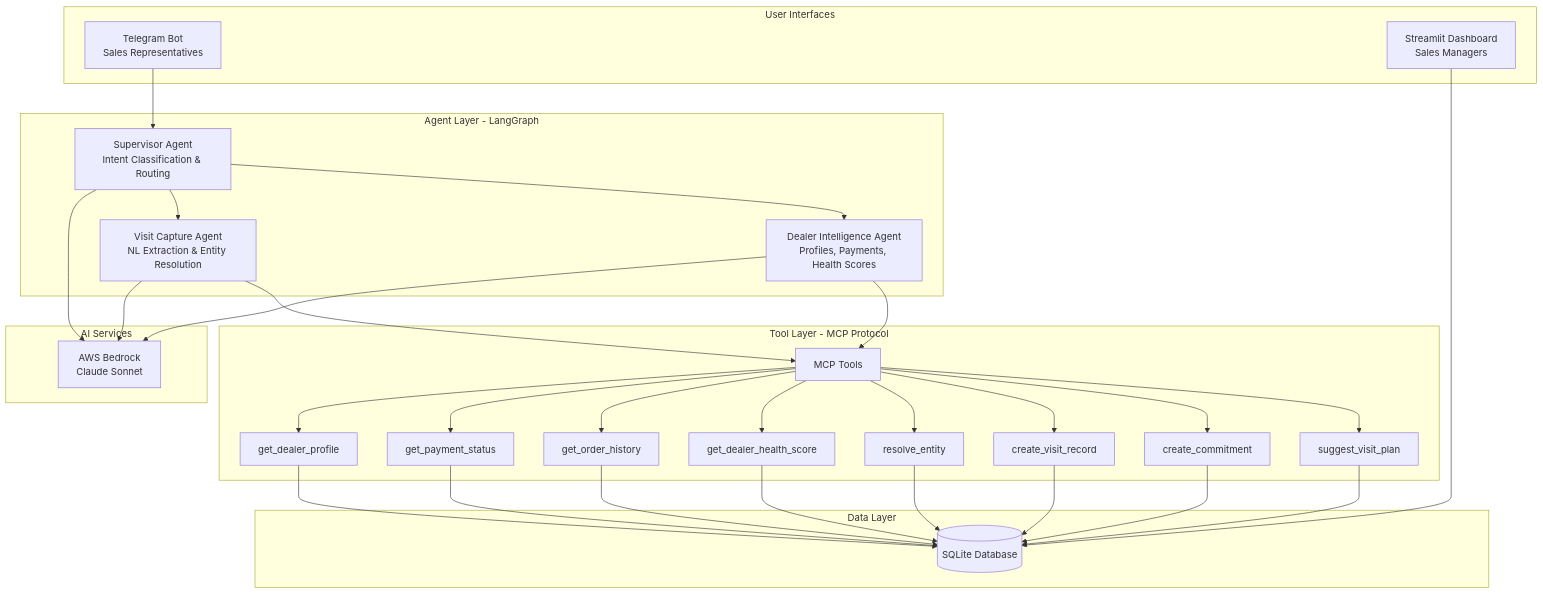
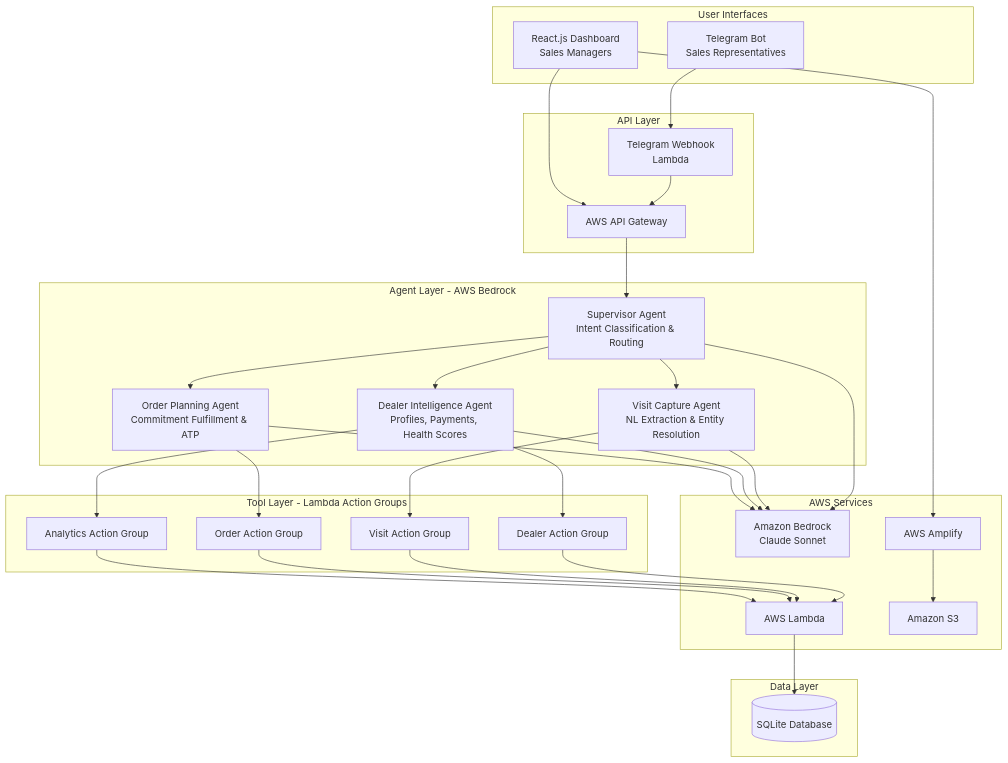
One commit to Ankan54/retail-scm-copilot changed the first of 3 diagrams in .kiro/specs/retail-supply-chain-copilot/design.md. Above: the diagram before and after it, drawn with Mermaid. The commit also changed other lines of this file and 36 other files, not shown here.

````diff
--- a/.kiro/specs/retail-supply-chain-copilot/design.md
+++ b/.kiro/specs/retail-supply-chain-copilot/design.md
@@ -15,64 +15,68 @@
 ```mermaid
 graph TB
     subgraph "User Interfaces"
         TELEGRAM[Telegram Bot<br/>Sales Representatives]
-        STREAMLIT[Streamlit Dashboard<br/>Sales Managers]
+        REACT[React.js Dashboard<br/>Sales Managers]
     end
     
-    subgraph "Agent Layer - LangGraph"
+    subgraph "API Layer"
+        APIGW[AWS API Gateway]
+        WEBHOOK[Telegram Webhook<br/>Lambda]
+    end
+    
+    subgraph "Agent Layer - AWS Bedrock"
         SUPERVISOR[Supervisor Agent<br/>Intent Classification & Routing]
         VISIT_CAPTURE[Visit Capture Agent<br/>NL Extraction & Entity Resolution]
         DEALER_INTEL[Dealer Intelligence Agent<br/>Profiles, Payments, Health Scores]
+        ORDER_PLAN[Order Planning Agent<br/>Commitment Fulfillment & ATP]
     end
     
-    subgraph "Tool Layer - MCP Protocol"
-        MCP_TOOLS[MCP Tools]
-        GET_DEALER[get_dealer_profile]
-        GET_PAYMENT[get_payment_status]
-        GET_ORDERS[get_order_history]
-        GET_HEALTH[get_dealer_health_score]
-        RESOLVE[resolve_entity]
-        CREATE_VISIT[create_visit_record]
-        CREATE_COMMIT[create_commitment]
-        SUGGEST_PLAN[suggest_visit_plan]
+    subgraph "Tool Layer - Lambda Action Groups"
+        AG_DEALER[Dealer Action Group]
+        AG_VISIT[Visit Action Group]
+        AG_ORDER[Order Action Group]
+        AG_ANALYTICS[Analytics Action Group]
     end
     
     subgraph "Data Layer"
         SQLITE[(SQLite Database)]
     end
     
-    subgraph "AI Services"
-        BEDROCK[AWS Bedrock<br/>Claude Sonnet]
+    subgraph "AWS Services"
+        BEDROCK[Amazon Bedrock<br/>Claude Sonnet]
+        LAMBDA[AWS Lambda]
+        S3[Amazon S3]
+        AMPLIFY[AWS Amplify]
     end
     
-    TELEGRAM --> SUPERVISOR
-    STREAMLIT --> SQLITE
+    TELEGRAM --> WEBHOOK
+    WEBHOOK --> APIGW
+    REACT --> APIGW
+    
+    APIGW --> SUPERVISOR
     
     SUPERVISOR --> BEDROCK
     SUPERVISOR --> VISIT_CAPTURE
     SUPERVISOR --> DEALER_INTEL
+    SUPERVISOR --> ORDER_PLAN
     
     VISIT_CAPTURE --> BEDROCK
-    VISIT_CAPTURE --> MCP_TOOLS
+    VISIT_CAPTURE --> AG_VISIT
     
     DEALER_INTEL --> BEDROCK
-    DEALER_INTEL --> MCP_TOOLS
+    DEALER_INTEL --> AG_DEALER
+    DEALER_INTEL --> AG_ANALYTICS
     
-    MCP_TOOLS --> GET_DEALER
-    MCP_TOOLS --> GET_PAYMENT
-    MCP_TOOLS --> GET_ORDERS
-    MCP_TOOLS --> GET_HEALTH
-    MCP_TOOLS --> RESOLVE
-    MCP_TOOLS --> CREATE_VISIT
-    MCP_TOOLS --> CREATE_COMMIT
-    MCP_TOOLS --> SUGGEST_PLAN
+    ORDER_PLAN --> BEDROCK
+    ORDER_PLAN --> AG_ORDER
     
-    GET_DEALER --> SQLITE
-    GET_PAYMENT --> SQLITE
-    GET_ORDERS --> SQLITE
-    GET_HEALTH --> SQLITE
-    RESOLVE --> SQLITE
-    CREATE_VISIT --> SQLITE
-    CREATE_COMMIT --> SQLITE
-    SUGGEST_PLAN --> SQLITE
+    AG_DEALER --> LAMBDA
+    AG_VISIT --> LAMBDA
+    AG_ORDER --> LAMBDA
+    AG_ANALYTICS --> LAMBDA
+    
+    LAMBDA --> SQLITE
+    
+    REACT --> AMPLIFY
+    AMPLIFY --> S3
 ```
````
